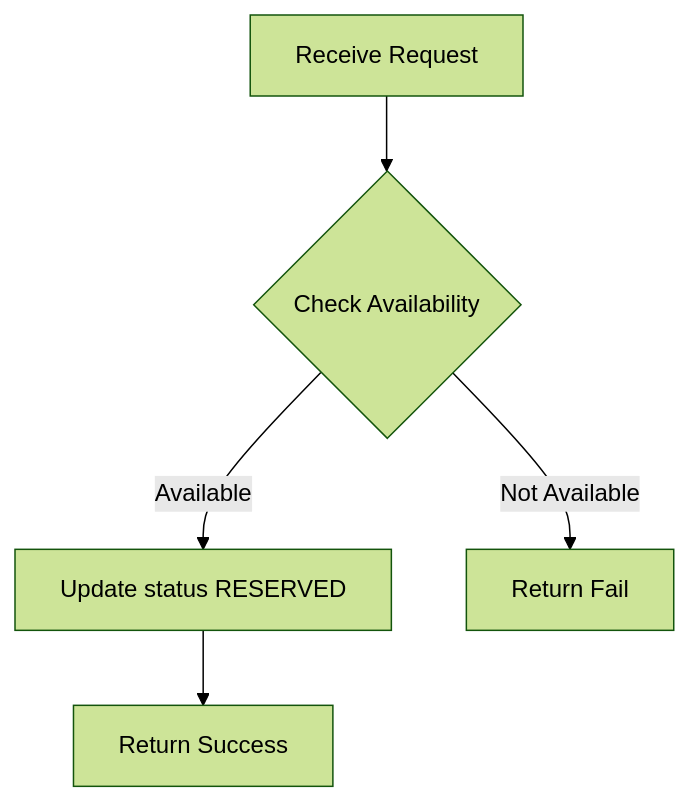
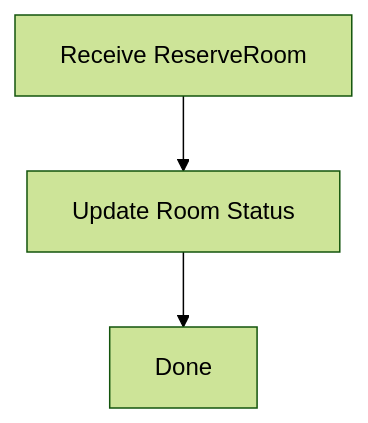
Before and after one commit to bangit14/WebBanHang-Project: the fourth of 5 diagrams in analysis-and-design-ddd.md, drawn with Mermaid (forest theme). The commit also changed other lines of this file and 1 other file, not shown here.

````diff
--- a/analysis-and-design-ddd.md
+++ b/analysis-and-design-ddd.md
@@ -177,7 +168,5 @@
 ```mermaid
 flowchart TD
-    A[Receive Request] --> B{Check Availability}
-    B -->|Available| C[Update status RESERVED]
-    B -->|Not Available| D[Return Fail]
-    C --> E[Return Success]
+    A[Receive ReserveRoom] --> B[Update Room Status]
+    B --> C[Done]
 ```
````
